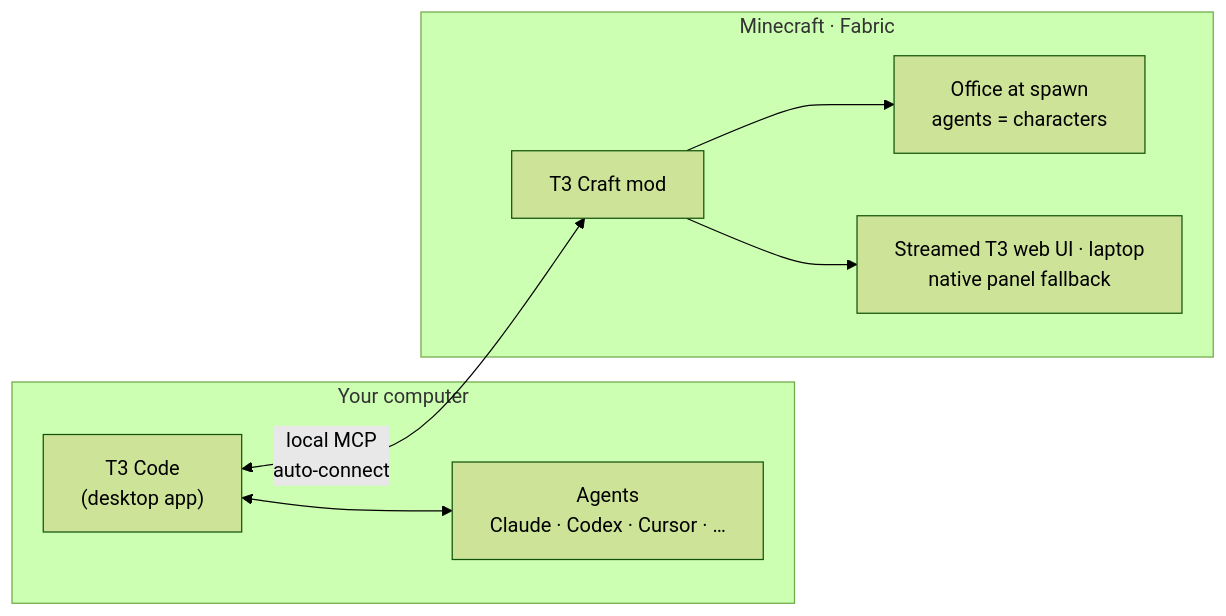
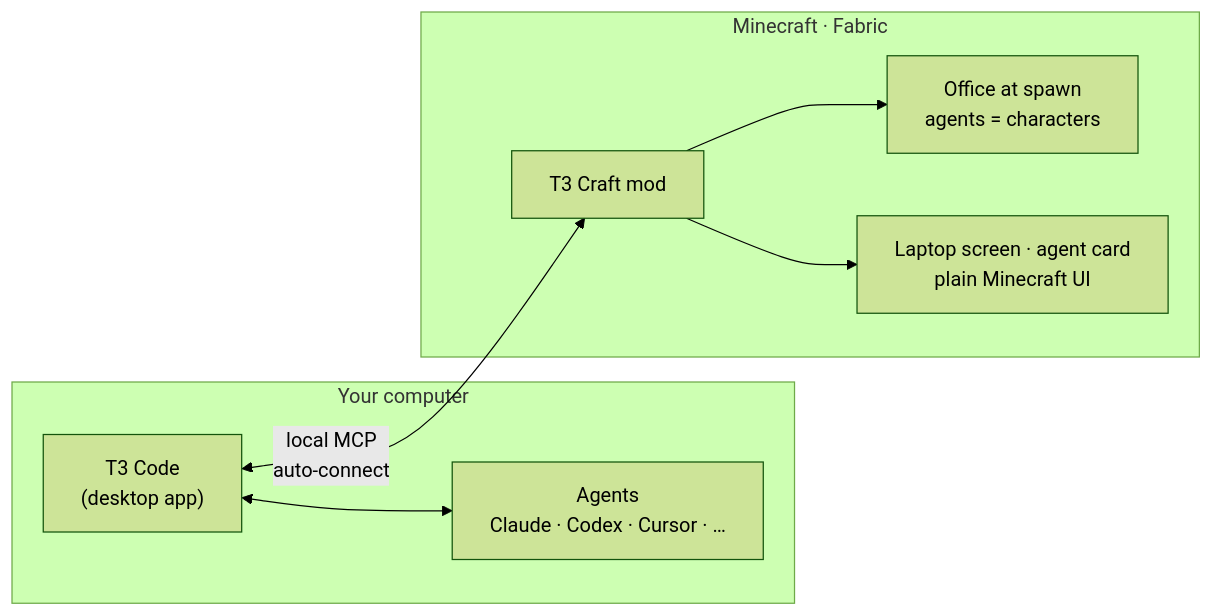
One commit to alexandros-lekkas/t3craft changed the diagram in README.md. Above: the diagram before and after it, drawn with Mermaid (forest theme). The commit also changed other lines of this file and 29 other files, not shown here.

First line of the commit message:
Simple native Minecraft UI

````diff
--- a/README.md
+++ b/README.md
@@ -97,16 +97,16 @@
 ```mermaid
 flowchart LR
   subgraph PC["Your computer"]
     T3["T3 Code<br/>(desktop app)"]
     A["Agents<br/>Claude · Codex · Cursor · …"]
     T3 <--> A
   end
   subgraph MC["Minecraft · Fabric"]
     M["T3 Craft mod"]
     O["Office at spawn<br/>agents = characters"]
-    U["Streamed T3 web UI · laptop<br/>native panel fallback"]
+    U["Laptop screen · agent card<br/>plain Minecraft UI"]
     M --> O
     M --> U
   end
   T3 <-- "local MCP<br/>auto-connect" --> M
 ```
````
